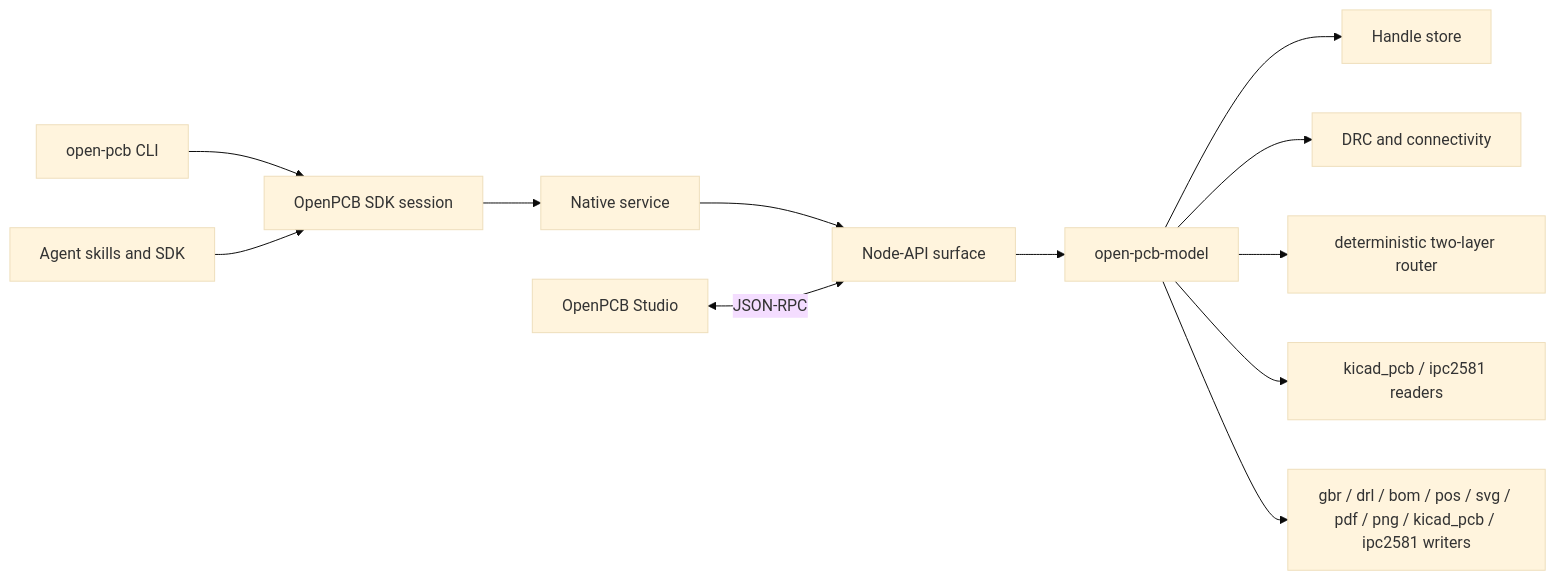
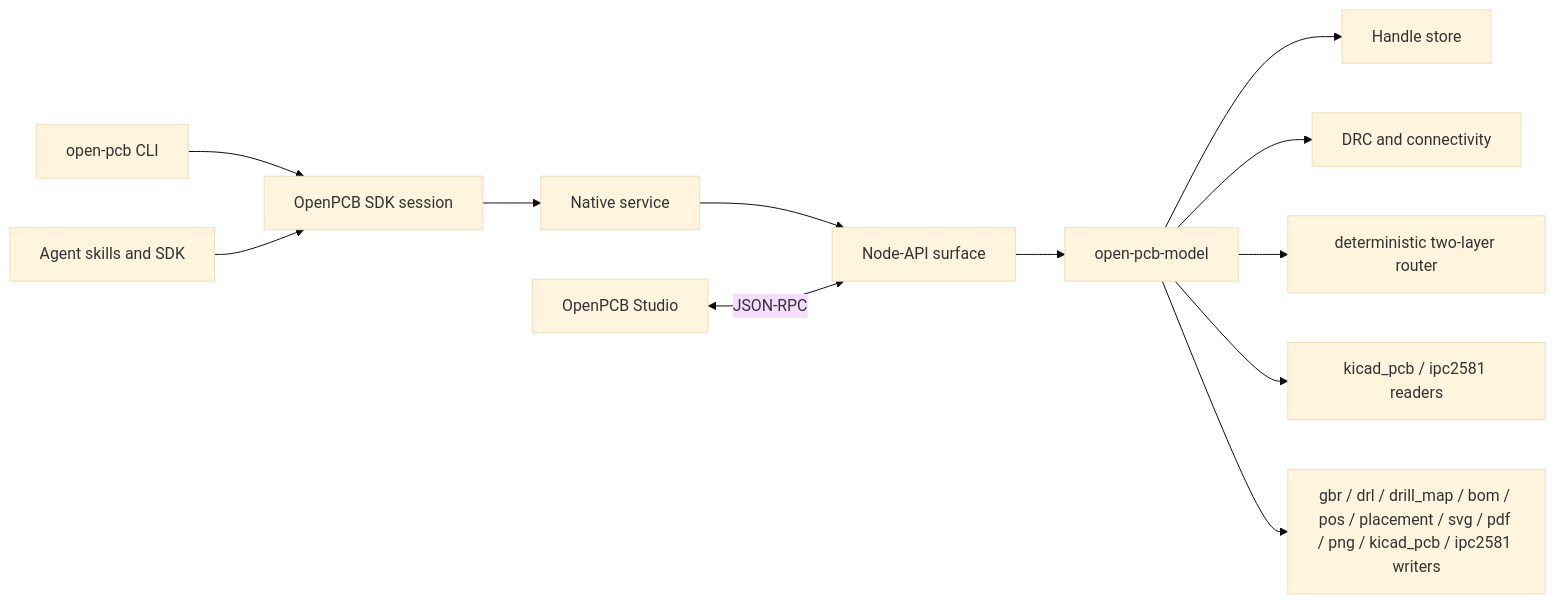
One commit to nyar-os/OpenPCB changed the diagram in readme.md. Above: the diagram before and after it, drawn with Mermaid (base theme). The commit also changed other lines of this file and 12 other files, not shown here.

````diff
--- a/readme.md
+++ b/readme.md
@@ -188,14 +192,14 @@
 ```mermaid
 flowchart LR
     CLI["open-pcb CLI"] --> SDK["OpenPCB SDK session"]
     Skills["Agent skills and SDK"] --> SDK
     SDK --> Service["Native service"]
     Service --> NAPI["Node-API surface"]
     NAPI --> Model["open-pcb-model"]
     Studio["OpenPCB Studio"] <-->|"JSON-RPC"| NAPI
     Model --> Store["Handle store"]
     Model --> Checks["DRC and connectivity"]
     Model --> Route["deterministic two-layer router"]
     Model --> Readers["kicad_pcb / ipc2581 readers"]
-    Model --> Writers["gbr / drl / bom / pos / svg / pdf / png / kicad_pcb / ipc2581 writers"]
+    Model --> Writers["gbr / drl / drill_map / bom / pos / placement / svg / pdf / png / kicad_pcb / ipc2581 writers"]
 ```
````
